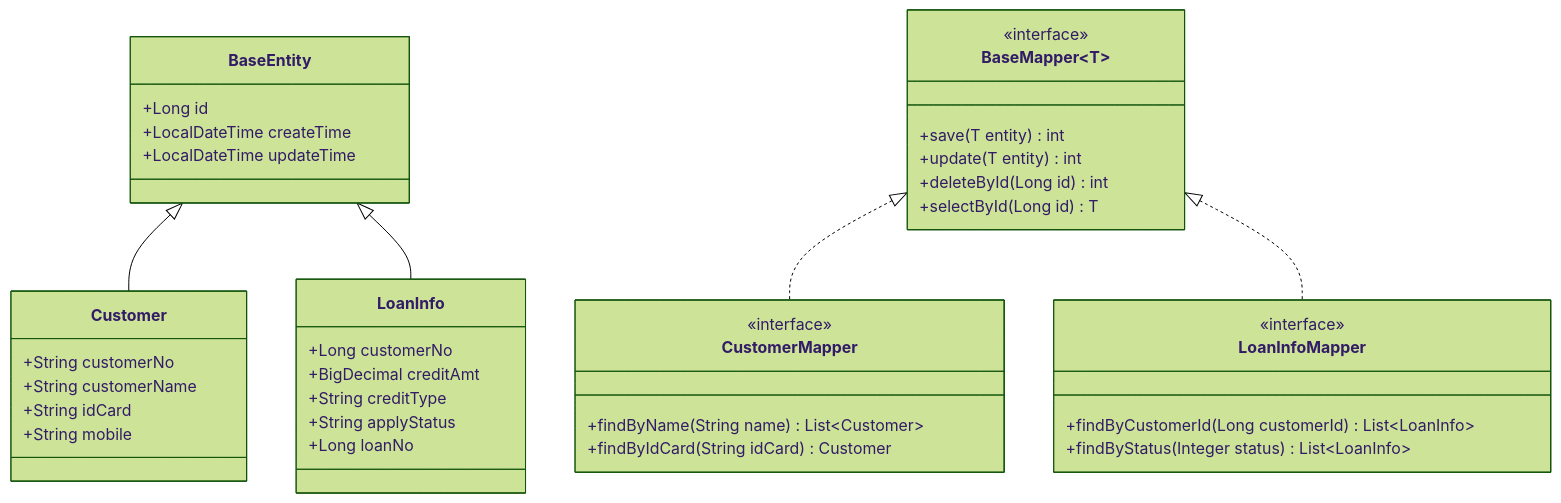
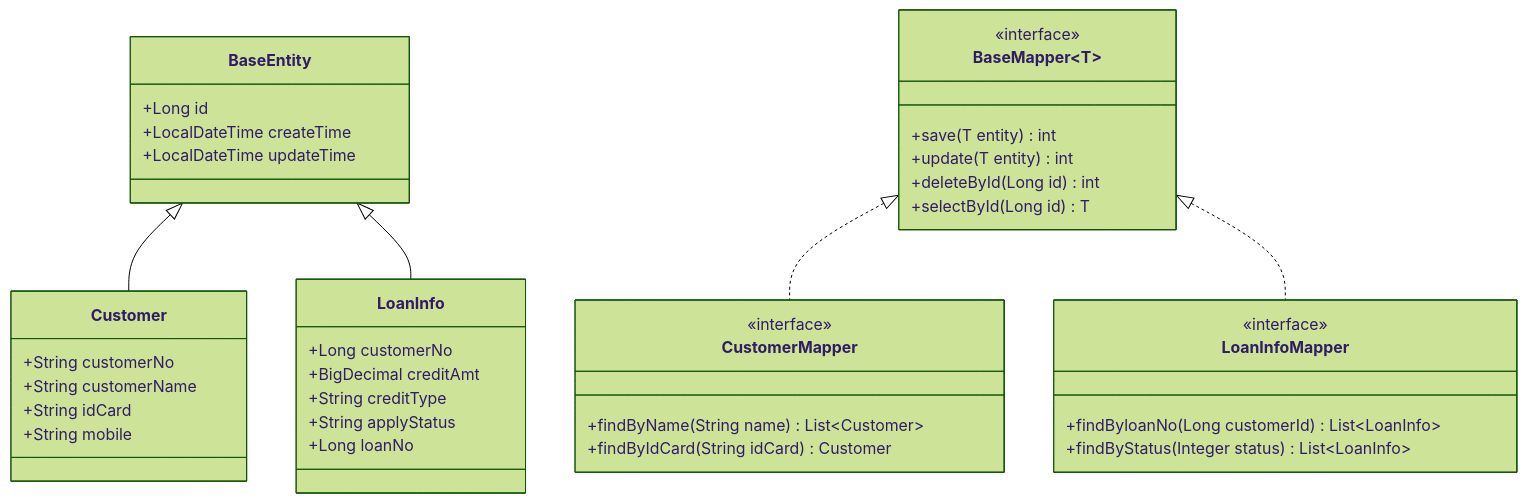
The diagram in all/未命名.md (skyopk/iodraw-files), drawn with Mermaid (forest theme) before and after one commit.

Commit message:
2025-03-25 08:53:48 update

````diff
--- a/all/未命名.md
+++ b/all/未命名.md
@@ -1,48 +1,48 @@
 ```mermaid
 classDiagram
     class BaseEntity {
         +Long id
         +LocalDateTime  createTime
         +LocalDateTime  updateTime
     }
     
     class BaseMapper~T~ {
         <<interface>>
         +save(T entity) int
         +update(T entity) int
         +deleteById(Long id) int
         +selectById(Long id) T
     }
     
     class Customer {
         +String customerNo
         +String customerName
         +String idCard
         +String mobile
     }
     
     class LoanInfo {
         +Long customerNo
         +BigDecimal creditAmt
         +String creditType
         +String applyStatus
         +Long loanNo
     }
     
     class CustomerMapper {
         <<interface>>
         +findByName(String name) List~Customer~
         +findByIdCard(String idCard) Customer
     }
     
     class LoanInfoMapper {
         <<interface>>
-        +findByCustomerId(Long customerId) List~LoanInfo~
+        +findByloanNo(Long customerId) List~LoanInfo~
         +findByStatus(Integer status) List~LoanInfo~
     }
     
     BaseEntity <|-- Customer
     BaseEntity <|-- LoanInfo
     BaseMapper~BaseEntity~ <|.. CustomerMapper
     BaseMapper~BaseEntity~ <|.. LoanInfoMapper
 ```
````
